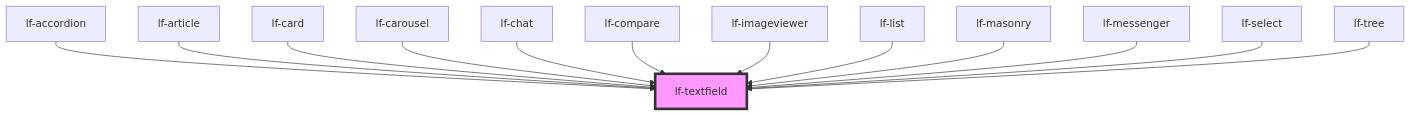
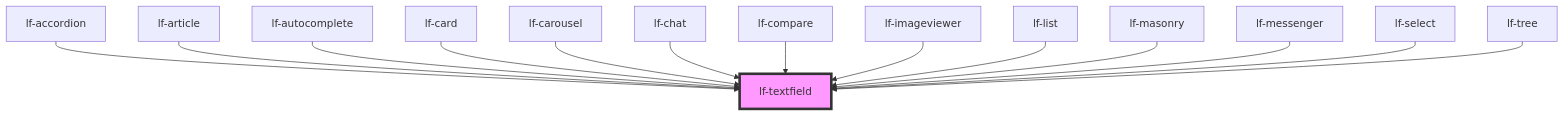
Before and after one commit to lucafoscili/lf-widgets: the diagram in packages/core/src/components/lf-textfield/readme.md, drawn with Mermaid. The commit also changed other lines of this file and 10 other files, not shown here.

````diff
--- a/packages/core/src/components/lf-textfield/readme.md
+++ b/packages/core/src/components/lf-textfield/readme.md
@@ -186,16 +188,17 @@
 ```mermaid
 graph TD;
   lf-accordion --> lf-textfield
   lf-article --> lf-textfield
+  lf-autocomplete --> lf-textfield
   lf-card --> lf-textfield
   lf-carousel --> lf-textfield
   lf-chat --> lf-textfield
   lf-compare --> lf-textfield
   lf-imageviewer --> lf-textfield
   lf-list --> lf-textfield
   lf-masonry --> lf-textfield
   lf-messenger --> lf-textfield
   lf-select --> lf-textfield
   lf-tree --> lf-textfield
   style lf-textfield fill:#f9f,stroke:#333,stroke-width:4px
 ```
````
